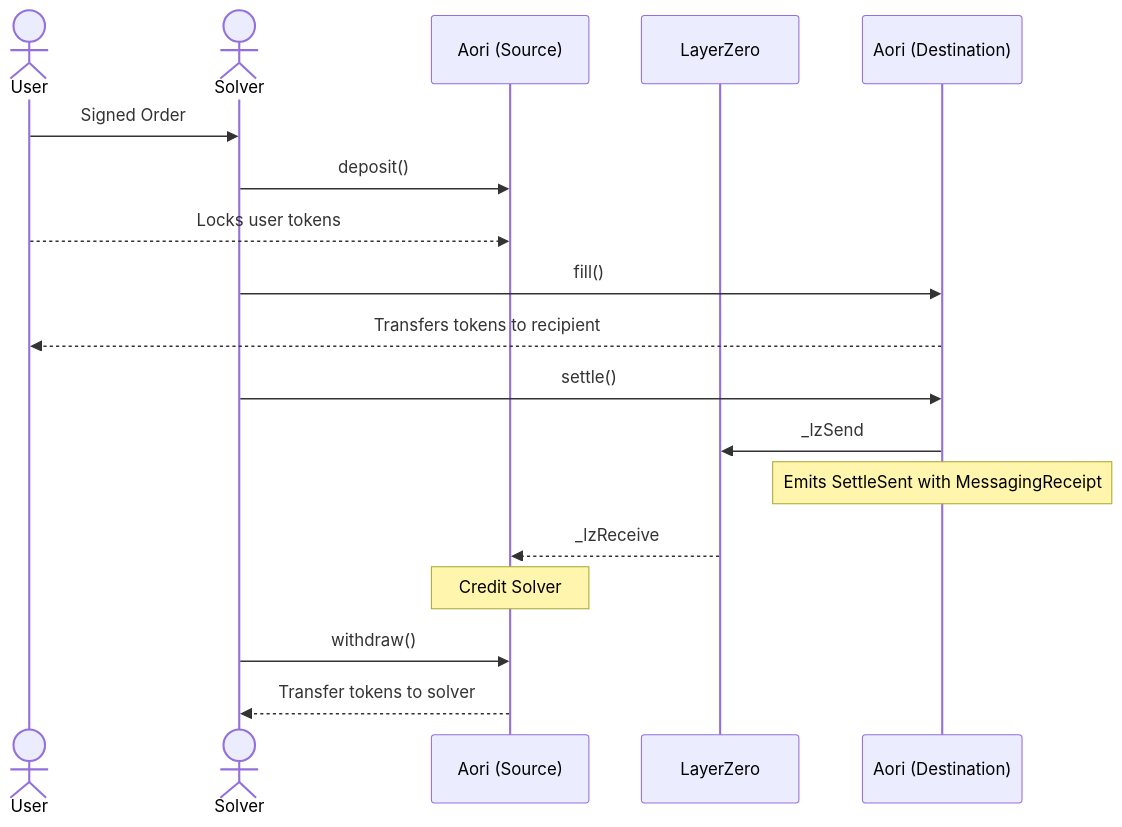
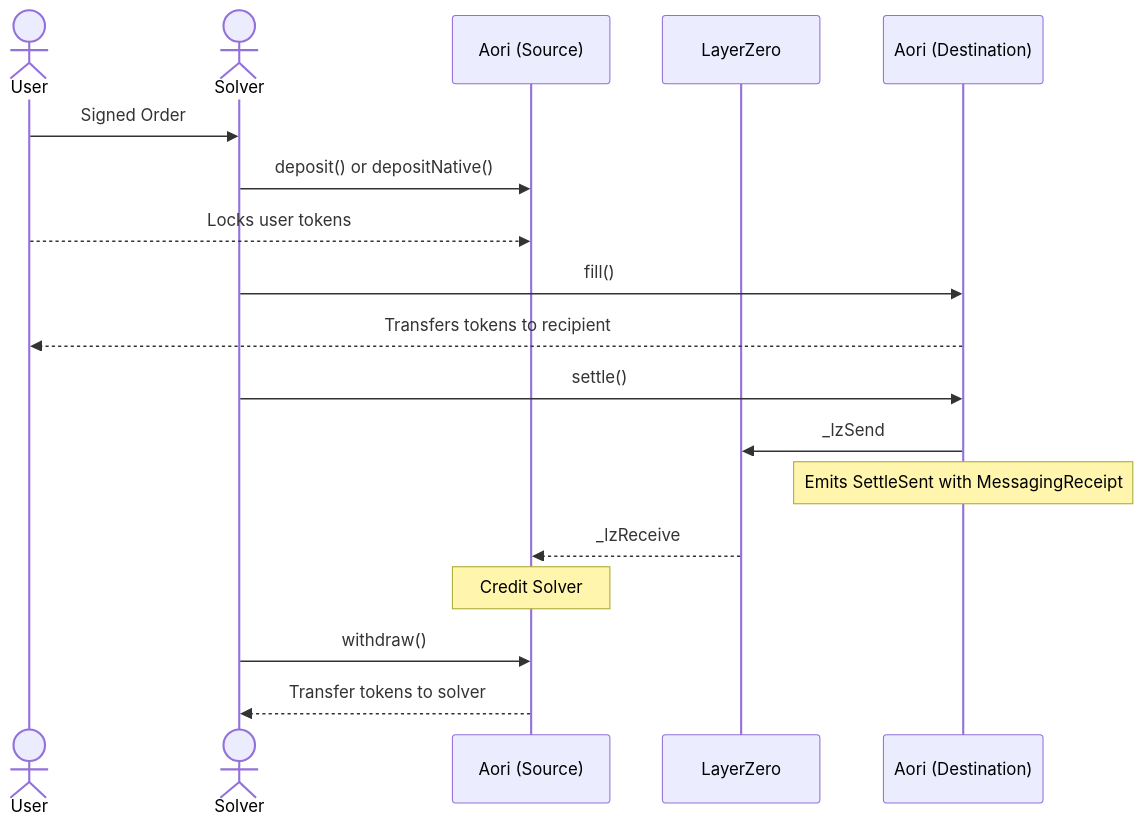
Before and after one commit to aori-io/aori: the second of 6 diagrams in README.md, drawn with Mermaid. The commit also changed other lines of this file and 2 other files, not shown here.

````diff
--- a/README.md
+++ b/README.md
@@ -57,22 +59,22 @@
 ```mermaid
 sequenceDiagram
     actor User
     actor Solver
     participant AoriSrc as Aori (Source)
     participant LZ as LayerZero
     participant AoriDst as Aori (Destination)
 
     %% Order Fill Flow
     User->>Solver: Signed Order
-    Solver->>AoriSrc: deposit()
+    Solver->>AoriSrc: deposit() or depositNative()
     User-->>AoriSrc: Locks user tokens
     Solver->>AoriDst: fill()
     AoriDst-->>User: Transfers tokens to recipient
     Solver->>AoriDst: settle()
     AoriDst->>LZ: _lzSend
     Note over AoriDst: Emits SettleSent with MessagingReceipt
     LZ-->>AoriSrc: _lzReceive
     Note over AoriSrc: Credit Solver
     Solver->>AoriSrc: withdraw()
     AoriSrc-->>Solver: Transfer tokens to solver
 ```
````
